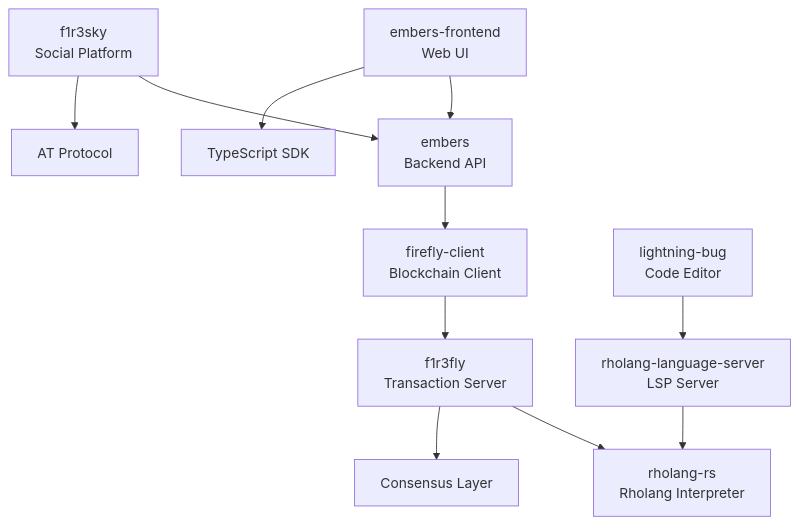
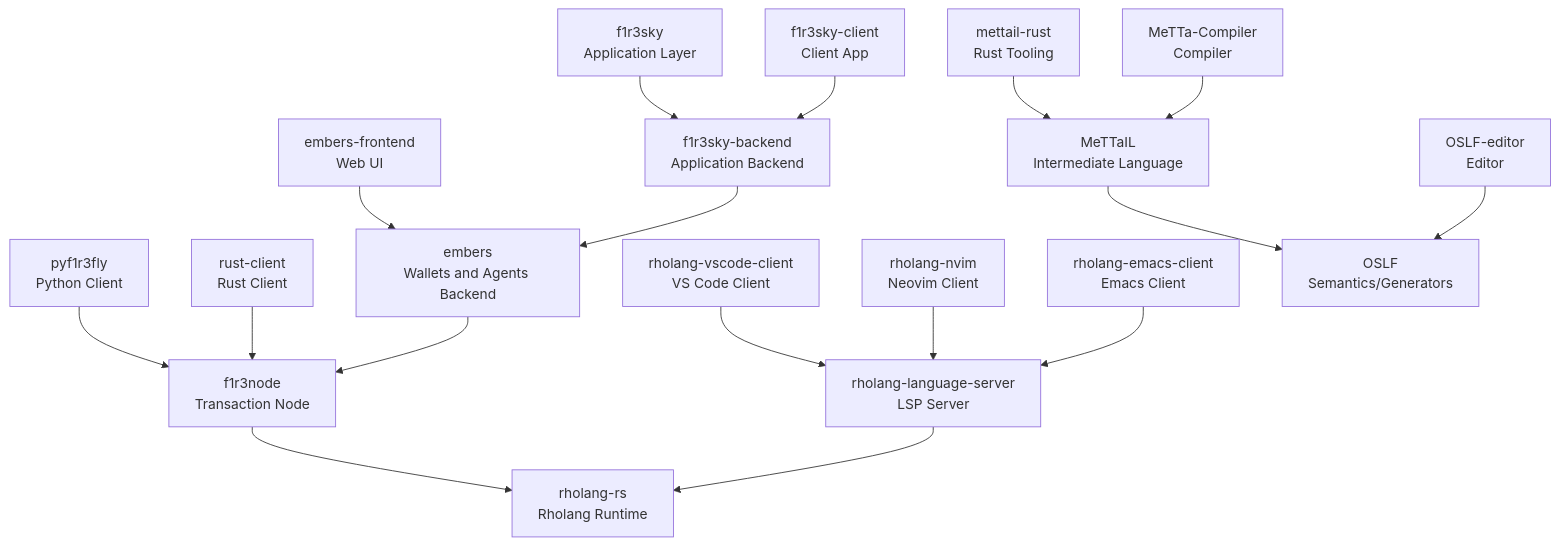
One commit to F1R3FLY-io/.github changed the diagram in docs/Cross_Project_Dependencies.md. Above: the diagram before and after it, drawn with Mermaid. The commit also changed other lines of this file and 6 other files, not shown here.

````diff
--- a/docs/Cross_Project_Dependencies.md
+++ b/docs/Cross_Project_Dependencies.md
@@ -11,17 +15,25 @@
 ```mermaid
 graph TD
-    f1r3fly[f1r3fly<br/>Transaction Server] --> rholang[rholang-rs<br/>Rholang Interpreter]
-    f1r3fly --> consensus[Consensus Layer]
+    f1r3node[f1r3node<br/>Transaction Node] --> rholang_rs[rholang-rs<br/>Rholang Runtime]
 
-    embers[embers<br/>Backend API] --> firefly-client[firefly-client<br/>Blockchain Client]
-    firefly-client --> f1r3fly
+    pyf1r3fly[pyf1r3fly<br/>Python Client] --> f1r3node
+    rust_client[rust-client<br/>Rust Client] --> f1r3node
 
-    embers-frontend[embers-frontend<br/>Web UI] --> embers
-    embers-frontend --> client-sdk[TypeScript SDK]
+    embers[embers<br/>Wallets and Agents Backend] --> f1r3node
+    embers_frontend[embers-frontend<br/>Web UI] --> embers
 
-    f1r3sky[f1r3sky<br/>Social Platform] --> embers
-    f1r3sky --> atproto[AT Protocol]
+    f1r3sky_backend[f1r3sky-backend<br/>Application Backend] --> embers
+    f1r3sky[f1r3sky<br/>Application Layer] --> f1r3sky_backend
+    f1r3sky_client[f1r3sky-client<br/>Client App] --> f1r3sky_backend
 
-    lightning-bug[lightning-bug<br/>Code Editor] --> rholang-lsp[rholang-language-server<br/>LSP Server]
-    rholang-lsp --> rholang
+    rholang_lsp[rholang-language-server<br/>LSP Server] --> rholang_rs
+    rholang_vscode[rholang-vscode-client<br/>VS Code Client] --> rholang_lsp
+    rholang_nvim[rholang-nvim<br/>Neovim Client] --> rholang_lsp
+    rholang_emacs[rholang-emacs-client<br/>Emacs Client] --> rholang_lsp
+
+    mettail[MeTTaIL<br/>Intermediate Language] --> oslf[OSLF<br/>Semantics/Generators]
+    mettail_rust[mettail-rust<br/>Rust Tooling] --> mettail
+    metta_compiler[MeTTa-Compiler<br/>Compiler] --> mettail
+
+    oslf_editor[OSLF-editor<br/>Editor] --> oslf
 ```
````
